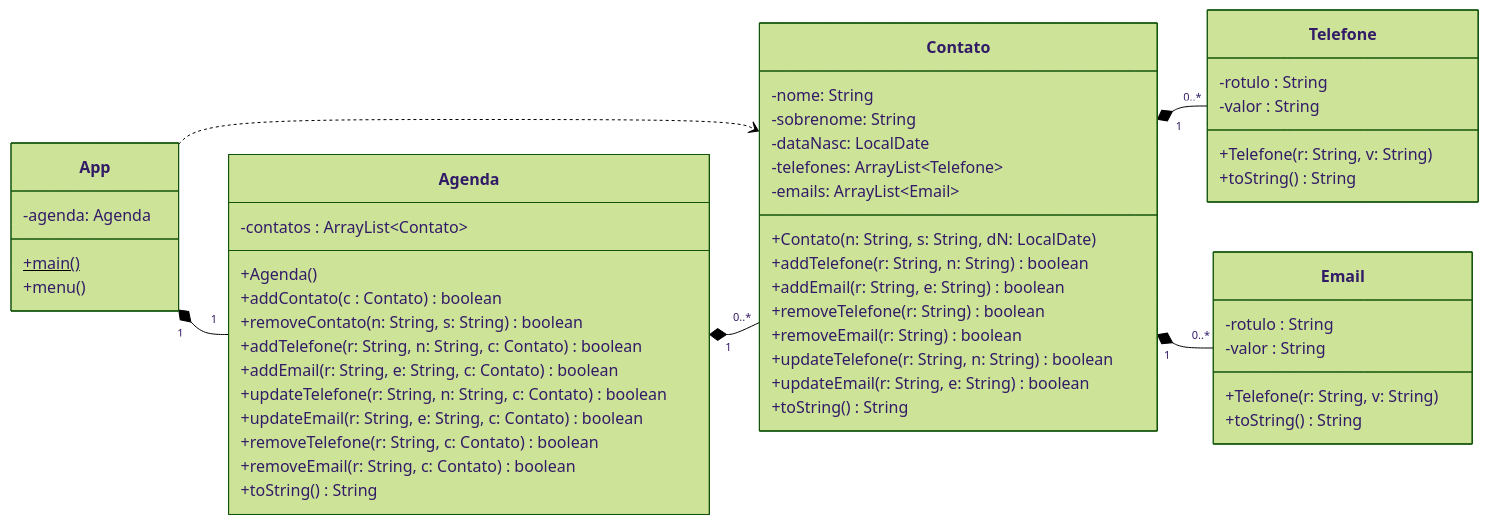
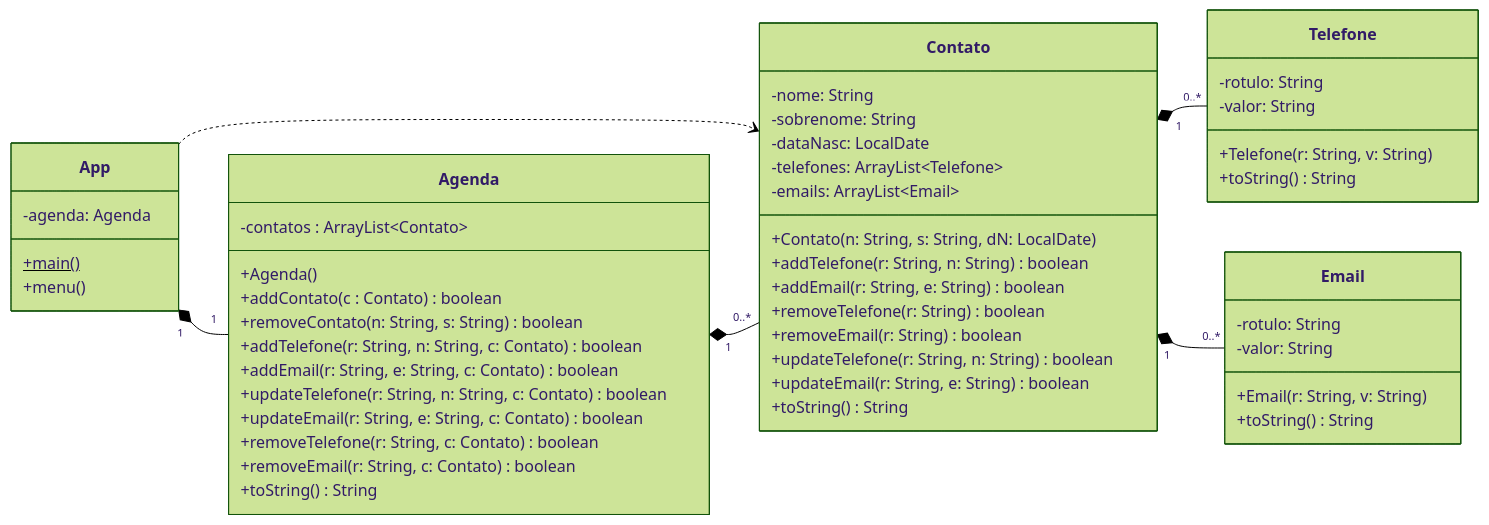
The diagram in aula-09/README.md (Kauan-13/IFSC_POO), drawn with Mermaid (forest theme) before and after one commit. The commit also changed 1 other file, not shown here.

Commit message:
Corrigindo alguns erros no diagrama de Classes

````diff
--- a/aula-09/README.md
+++ b/aula-09/README.md
@@ -3,66 +3,66 @@
 ```mermaid
 classDiagram
     
     direction LR
     
     App "1" *-- "1" Agenda
     App ..> Contato
     Agenda "1" *-- "0..*" Contato
     Contato "1" *-- "0..*" Telefone
     Contato "1" *-- "0..*" Email
     
     class App{
         -agenda: Agenda
         +main()$
         +menu()
     }
     
     class Agenda{
         -contatos : ArrayList~Contato~
         
         +Agenda()
         +addContato(c : Contato) boolean
         +removeContato(n: String, s: String) boolean
         +addTelefone(r: String, n: String, c: Contato) boolean
         +addEmail(r: String, e: String, c: Contato) boolean
         +updateTelefone(r: String, n: String, c: Contato) boolean
         +updateEmail(r: String, e: String, c: Contato) boolean
         +removeTelefone(r: String, c: Contato) boolean
         +removeEmail(r: String, c: Contato) boolean
         +toString() String
     }
 
     class Contato{
         -nome: String
         -sobrenome: String
         -dataNasc: LocalDate
         -telefones: ArrayList~Telefone~
         -emails: ArrayList~Email~
         
         +Contato(n: String, s: String, dN: LocalDate)
         +addTelefone(r: String, n: String) boolean
         +addEmail(r: String, e: String) boolean
         +removeTelefone(r: String) boolean
         +removeEmail(r: String) boolean
         +updateTelefone(r: String, n: String) boolean
         +updateEmail(r: String, e: String) boolean
         +toString() String
     }
     
     class Telefone{
-        -rotulo : String
-        -valor : String
+        -rotulo: String
+        -valor: String
         
         +Telefone(r: String, v: String)
         +toString() String
     }
     
     class Email{
-        -rotulo : String
-        -valor : String
+        -rotulo: String
+        -valor: String
 
-        +Telefone(r: String, v: String)
+        +Email(r: String, v: String)
         +toString() String
     }
 
 ```
````
